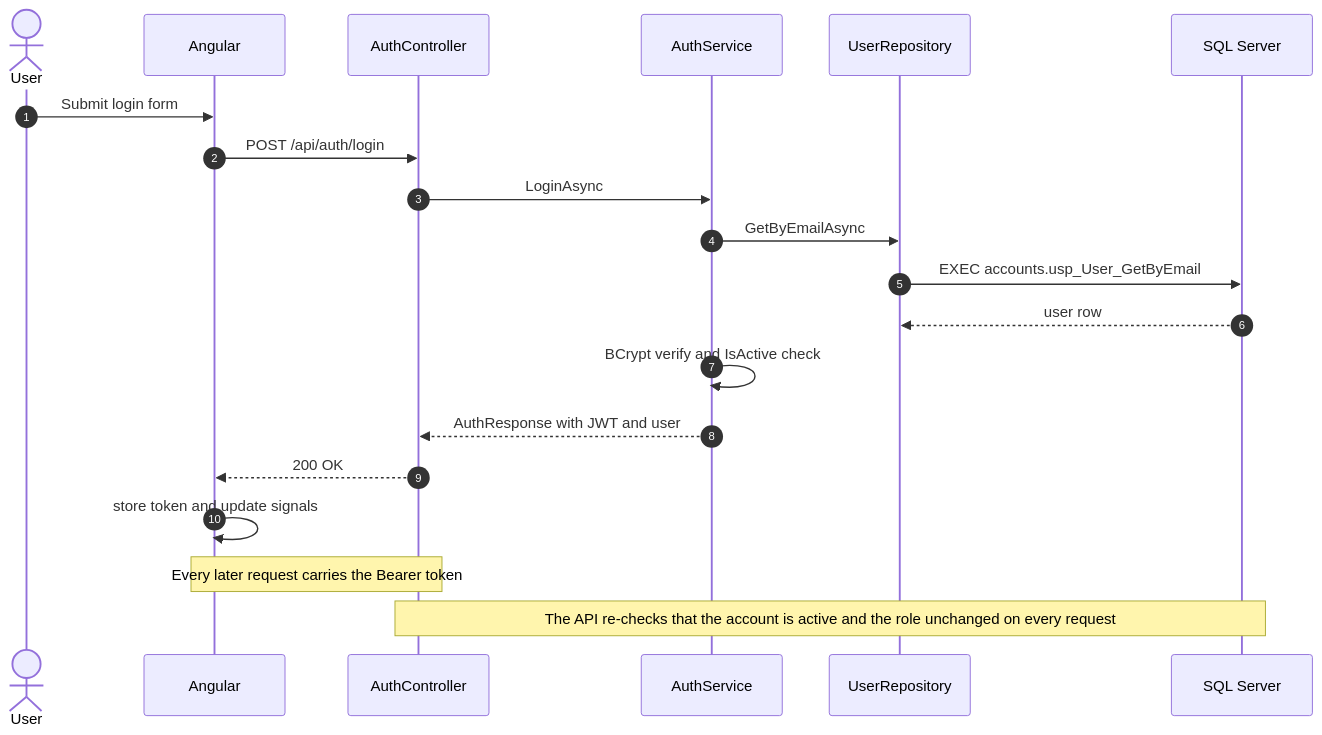
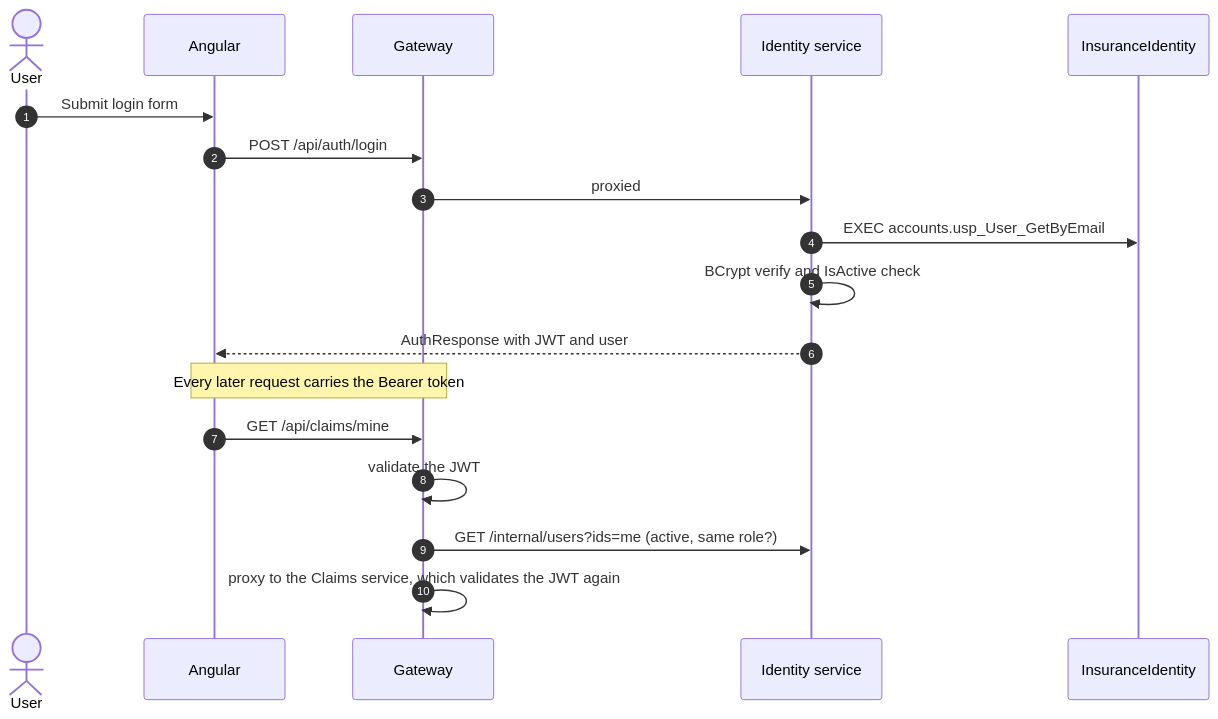
One commit to organizedanvrchy/Insurance-Full-Stack-App changed the fourth of 11 diagrams in docs/ARCHITECTURE.md. Above: the diagram before and after it, drawn with Mermaid. The commit also changed other lines of this file and 253 other files, not shown here.

````diff
--- a/docs/ARCHITECTURE.md
+++ b/docs/ARCHITECTURE.md
@@ -134,22 +153,20 @@
 ```mermaid
 sequenceDiagram
     autonumber
     actor U as User
     participant A as Angular
-    participant C as AuthController
-    participant S as AuthService
-    participant R as UserRepository
-    participant D as SQL Server
+    participant G as Gateway
+    participant I as Identity service
+    participant D as InsuranceIdentity
     U->>A: Submit login form
-    A->>C: POST /api/auth/login
-    C->>S: LoginAsync
-    S->>R: GetByEmailAsync
-    R->>D: EXEC accounts.usp_User_GetByEmail
-    D-->>R: user row
-    S->>S: BCrypt verify and IsActive check
-    S-->>C: AuthResponse with JWT and user
-    C-->>A: 200 OK
-    A->>A: store token and update signals
-    Note over A,C: Every later request carries the Bearer token
-    Note over C,D: The API re-checks that the account is active and the role unchanged on every request
+    A->>G: POST /api/auth/login
+    G->>I: proxied
+    I->>D: EXEC accounts.usp_User_GetByEmail
+    I->>I: BCrypt verify and IsActive check
+    I-->>A: AuthResponse with JWT and user
+    Note over A,G: Every later request carries the Bearer token
+    A->>G: GET /api/claims/mine
+    G->>G: validate the JWT
+    G->>I: GET /internal/users?ids=me (active, same role?)
+    G->>G: proxy to the Claims service, which validates the JWT again
 ```
````
